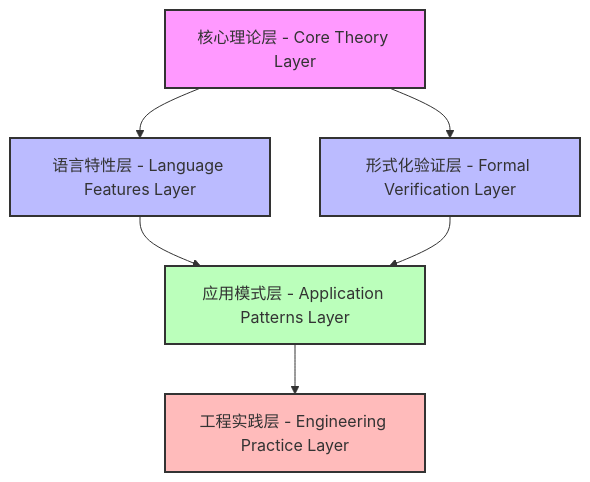
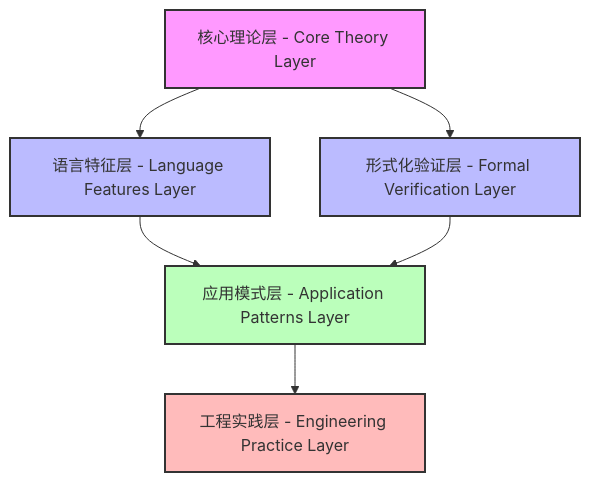
Before and after one commit to martin-ly/rust-lang: the second of 3 diagrams in formal_rust/EXECUTION_STATUS_V57.md, drawn with Mermaid. The commit also changed other lines of this file and 5740 other files, not shown here.

````diff
--- a/formal_rust/EXECUTION_STATUS_V57.md
+++ b/formal_rust/EXECUTION_STATUS_V57.md
@@ -287,14 +287,14 @@
 ```mermaid
 graph TD
-    A[核心理论层 - Core Theory Layer] --> B[语言特性层 - Language Features Layer]
+    A[核心理论层 - Core Theory Layer] --> B[语言特征层 - Language Features Layer]
     A --> C[形式化验证层 - Formal Verification Layer]
     B --> D[应用模式层 - Application Patterns Layer]
     C --> D
     D --> E[工程实践层 - Engineering Practice Layer]
     
     style A fill:#f9f,stroke:#333,stroke-width:2px
     style B fill:#bbf,stroke:#333,stroke-width:2px
     style C fill:#bbf,stroke:#333,stroke-width:2px
     style D fill:#bfb,stroke:#333,stroke-width:2px
     style E fill:#fbb,stroke:#333,stroke-width:2px
 ```
````
